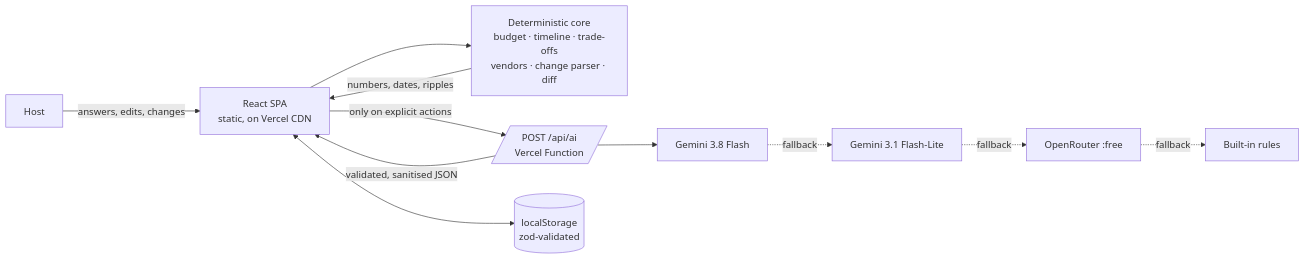
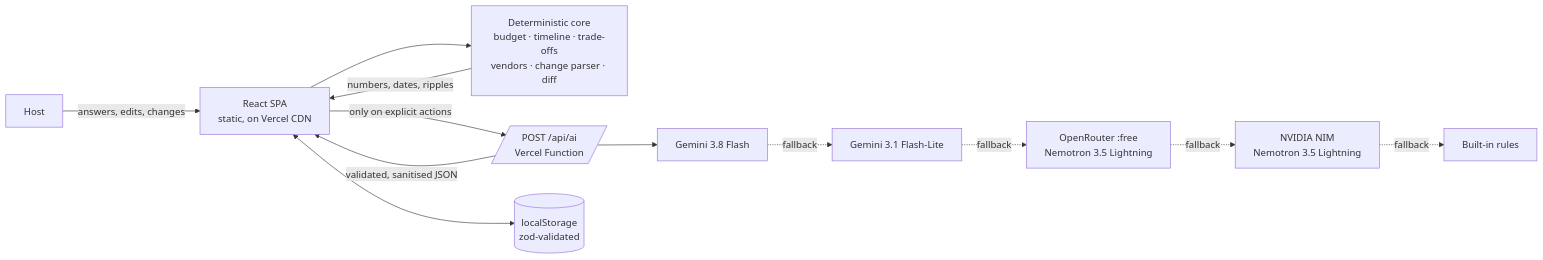
The diagram in README.md (arsinghin/lehar), drawn with Mermaid before and after one commit. The commit also changed other lines of this file and 16 other files, not shown here.

````diff
--- a/README.md
+++ b/README.md
@@ -63,10 +63,10 @@
 ```mermaid
 flowchart LR
   U[Host] -->|answers, edits, changes| UI[React SPA<br/>static, on Vercel CDN]
   UI --> CORE[Deterministic core<br/>budget · timeline · trade-offs<br/>vendors · change parser · diff]
   CORE -->|numbers, dates, ripples| UI
   UI -->|only on explicit actions| API[/POST /api/ai<br/>Vercel Function/]
-  API --> G1[Gemini 3.8 Flash] -.fallback.-> G2[Gemini 3.1 Flash-Lite] -.fallback.-> OR[OpenRouter :free] -.fallback.-> R[Built-in rules]
+  API --> G1[Gemini 3.8 Flash] -.fallback.-> G2[Gemini 3.1 Flash-Lite] -.fallback.-> OR[OpenRouter :free<br/>Nemotron 3.5 Lightning] -.fallback.-> NV[NVIDIA NIM<br/>Nemotron 3.5 Lightning] -.fallback.-> R[Built-in rules]
   API -->|validated, sanitised JSON| UI
   UI <--> LS[(localStorage<br/>zod-validated)]
 ```
````
